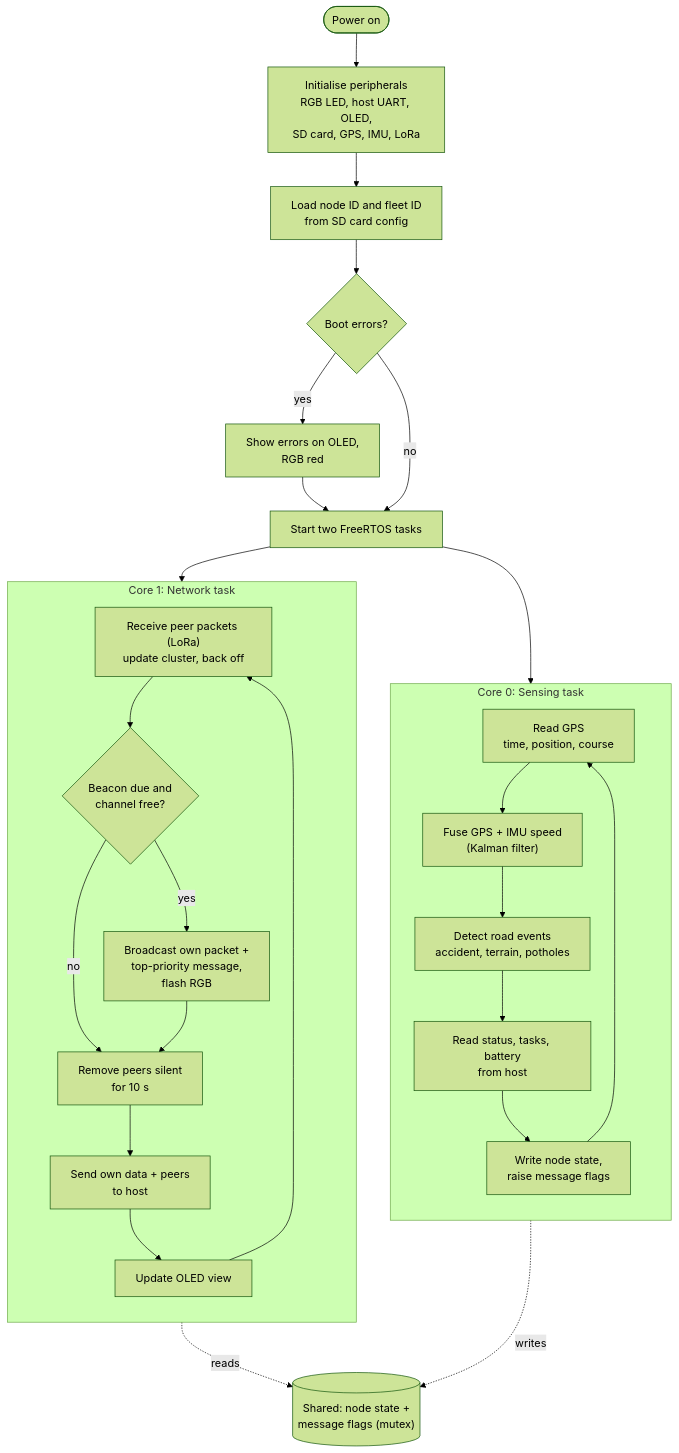
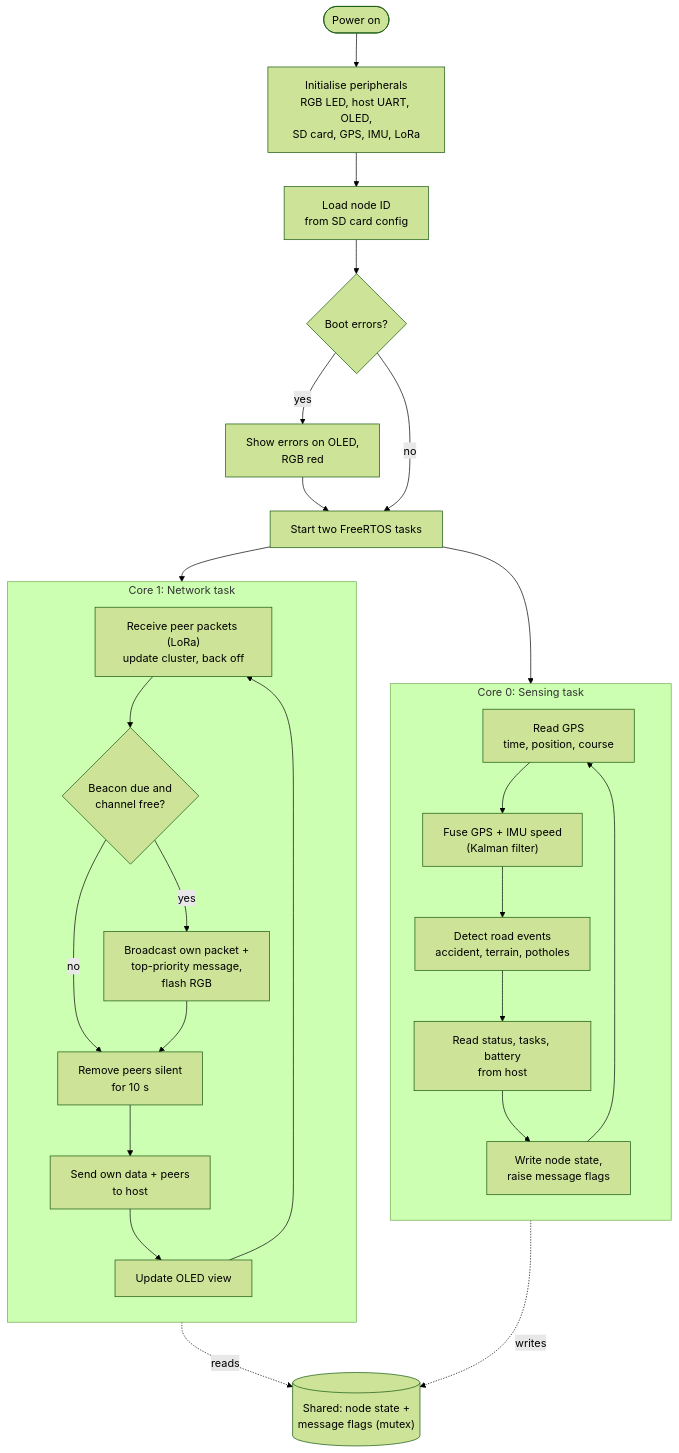
Before and after one commit to Sharaav13/TUKZIE-V2X-VANET: the ninth of 9 diagrams in firmware/docs/firmware-diagrams.md, drawn with Mermaid (forest theme). The commit also changed other lines of this file and 50 other files, not shown here.

````diff
--- a/firmware/docs/firmware-diagrams.md
+++ b/firmware/docs/firmware-diagrams.md
@@ -684,34 +679,34 @@
 ```mermaid
 flowchart TD
     A([Power on]) --> B["Initialise peripherals<br/>RGB LED, host UART, OLED,<br/>SD card, GPS, IMU, LoRa"]
-    B --> C["Load node ID and fleet ID<br/>from SD card config"]
+    B --> C["Load node ID<br/>from SD card config"]
     C --> D{"Boot errors?"}
     D -- yes --> E["Show errors on OLED,<br/>RGB red"] --> F
     D -- no --> F["Start two FreeRTOS tasks"]
     F --> S1
     F --> N1
 
     subgraph CORE0["Core 0: Sensing task"]
         direction TB
         S1["Read GPS<br/>time, position, course"] --> S2["Fuse GPS + IMU speed<br/>(Kalman filter)"]
         S2 --> S3["Detect road events<br/>accident, terrain, potholes"]
         S3 --> S4["Read status, tasks, battery<br/>from host"]
         S4 --> S5["Write node state,<br/>raise message flags"]
         S5 --> S1
     end
 
     subgraph CORE1["Core 1: Network task"]
         direction TB
         N1["Receive peer packets (LoRa)<br/>update cluster, back off"] --> N2{"Beacon due and<br/>channel free?"}
         N2 -- yes --> N3["Broadcast own packet +<br/>top-priority message,<br/>flash RGB"]
         N2 -- no --> N4
         N3 --> N4["Remove peers silent<br/>for 10 s"]
         N4 --> N5["Send own data + peers<br/>to host"]
         N5 --> N6["Update OLED view"]
         N6 --> N1
     end
 
     SH[("Shared: node state +<br/>message flags (mutex)")]
     CORE0 -. writes .-> SH
     CORE1 -. reads .-> SH
 ```
````
